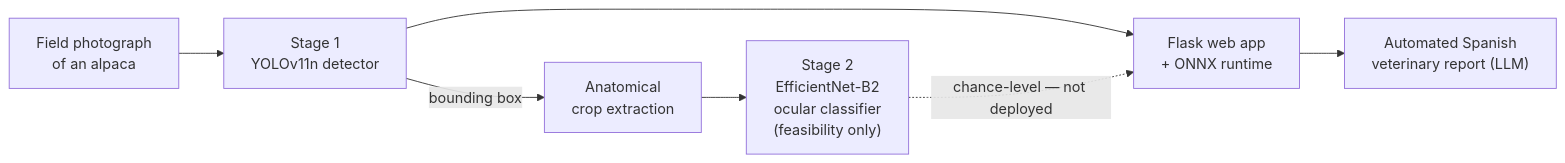
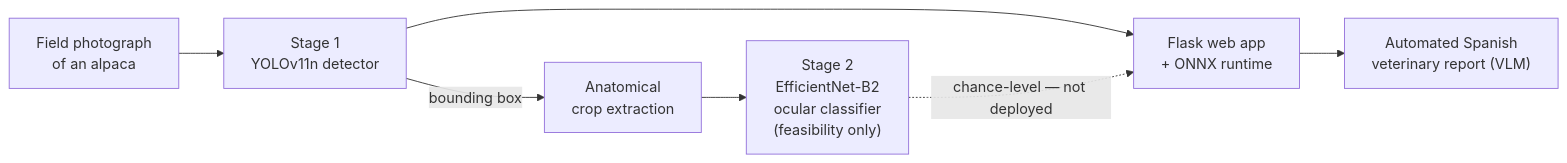
Before and after one commit to Andre031222/alpacavision-altiplano: the first of 3 diagrams in README.md, drawn with Mermaid. The commit also changed other lines of this file and 1 other file, not shown here.

Commit message:
Polish: standardise 'vision-language model' wording and fix journal header
- Replace all prose 'LLM'/'LLM-vision' with 'vision-language(-model)' (the accurate term
  for the Groq multimodal model) in manuscript and README; this also removes the
  ambiguous glyph an OCR reviewer misread as 'JLM'.
- Fix the running header: the vendored mdpi.cls needs the bare 'animals' option, so we
  set the journal metadata explicitly; the header/footer now read 'Animals' (no longer
  'Journal Not Specified').
- Verified: Roboflow project identifiers in the paper match the real data exactly
  (the advisor's '1'-for-'i/l' reading was a font/OCR artefact); figures number 1-6.

````diff
--- a/README.md
+++ b/README.md
@@ -96,9 +96,9 @@
 ```mermaid
 flowchart LR
     A["Field photograph<br/>of an alpaca"] --> B["Stage 1<br/>YOLOv11n detector"]
     B -->|"bounding box"| C["Anatomical<br/>crop extraction"]
     C --> D["Stage 2<br/>EfficientNet-B2<br/>ocular classifier<br/>(feasibility only)"]
     B --> E["Flask web app<br/>+ ONNX runtime"]
-    E --> F["Automated Spanish<br/>veterinary report (LLM)"]
+    E --> F["Automated Spanish<br/>veterinary report (VLM)"]
     D -. "chance-level — not deployed" .-> E
 ```
````
